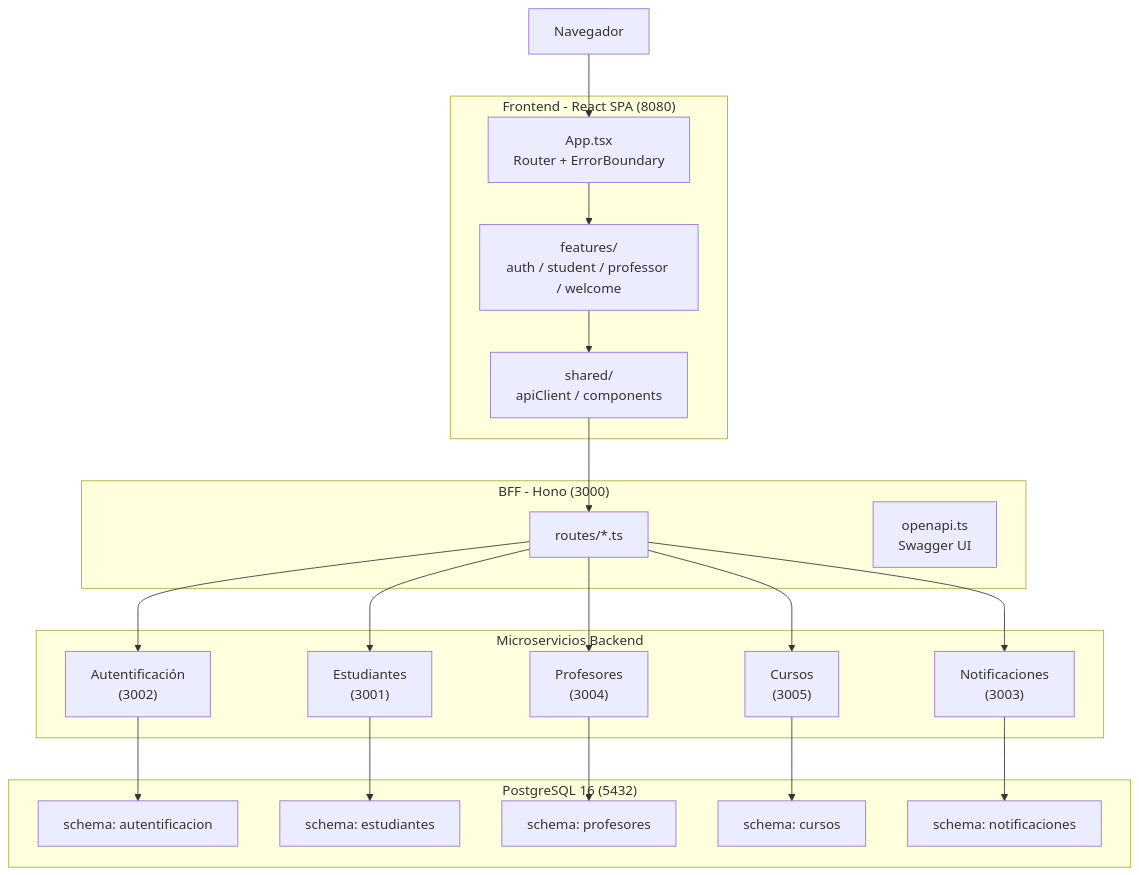
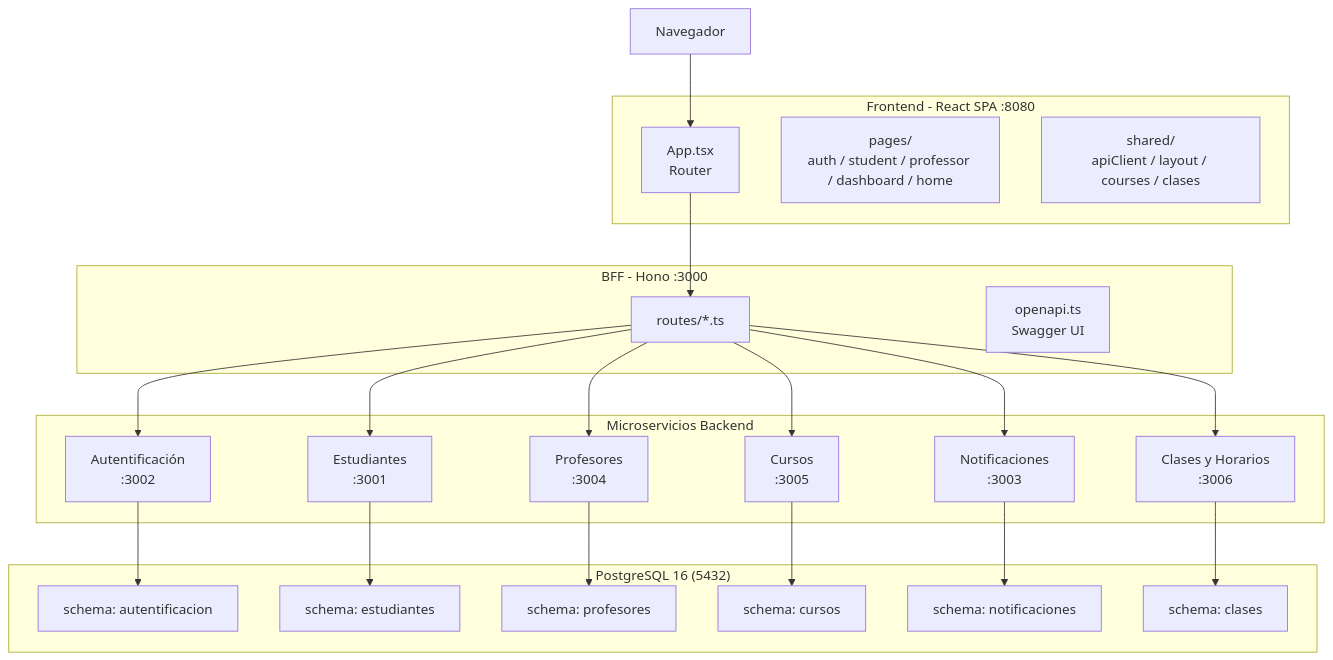
Before and after one commit to M4zls/WEp: the diagram in README.md, drawn with Mermaid. The commit also changed other lines of this file and 31 other files, not shown here.

````diff
--- a/README.md
+++ b/README.md
@@ -33,46 +23,48 @@
 ```mermaid
 flowchart TB
     Browser["Navegador"]
 
-    subgraph Frontend["Frontend - React SPA (8080)"]
-        ReactApp["App.tsx<br/>Router + ErrorBoundary"]
-        Features["features/<br/>auth / student / professor / welcome"]
-        Shared["shared/<br/>apiClient / components"]
+    subgraph Frontend["Frontend - React SPA :8080"]
+        ReactApp["App.tsx<br/>Router"]
+        Pages["pages/<br/>auth / student / professor / dashboard / home"]
+        Shared["shared/<br/>apiClient / layout / courses / clases"]
     end
 
-    subgraph BFF["BFF - Hono (3000)"]
+    subgraph BFF["BFF - Hono :3000"]
         BFFRoutes["routes/*.ts"]
         OpenAPI["openapi.ts<br/>Swagger UI"]
     end
 
     subgraph Microservices["Microservicios Backend"]
-        Auth["Autentificación<br/>(3002)"]
-        Students["Estudiantes<br/>(3001)"]
-        Teachers["Profesores<br/>(3004)"]
-        Courses["Cursos<br/>(3005)"]
-        Notif["Notificaciones<br/>(3003)"]
+        Auth["Autentificación<br/>:3002"]
+        Students["Estudiantes<br/>:3001"]
+        Clases["Clases y Horarios<br/>:3006"]
+        Teachers["Profesores<br/>:3004"]
+        Courses["Cursos<br/>:3005"]
+        Notif["Notificaciones<br/>:3003"]
     end
 
     subgraph DB["PostgreSQL 16 (5432)"]
         S1["schema: autentificacion"]
         S2["schema: estudiantes"]
         S3["schema: profesores"]
         S4["schema: cursos"]
         S5["schema: notificaciones"]
+        S6["schema: clases"]
     end
 
     Browser --> ReactApp
-    ReactApp --> Features
-    Features --> Shared
-    Shared --> BFFRoutes
+    ReactApp --> BFFRoutes
     BFFRoutes --> Auth
     BFFRoutes --> Students
     BFFRoutes --> Teachers
     BFFRoutes --> Courses
     BFFRoutes --> Notif
+    BFFRoutes --> Clases
     Auth --> S1
     Students --> S2
     Teachers --> S3
     Courses --> S4
     Notif --> S5
+    Clases --> S6
 ```
````
